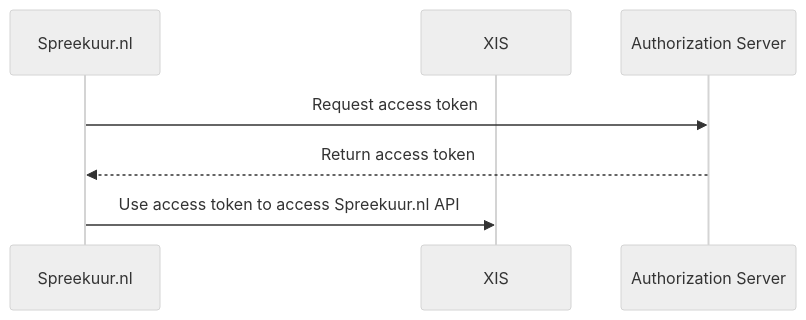
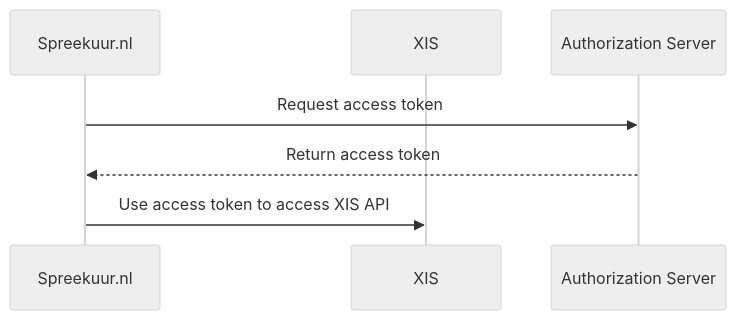
The second of 3 diagrams in docs/authentication-and-multi-tenancy.md (topicushealthcare/spreekuur-docs), drawn with Mermaid (neutral theme) before and after one commit. The commit also changed 4 other files, not shown here.

````diff
--- a/docs/authentication-and-multi-tenancy.md
+++ b/docs/authentication-and-multi-tenancy.md
@@ -33,9 +33,9 @@
 ```mermaid
 sequenceDiagram
     participant Spreekuur.nl
     participant XIS
     participant Authorization Server
     Spreekuur.nl->>Authorization Server: Request access token
     Authorization Server-->> Spreekuur.nl: Return access token
-    Spreekuur.nl->> XIS: Use access token to access Spreekuur.nl API
+    Spreekuur.nl->> XIS: Use access token to access XIS API
 ```
````
